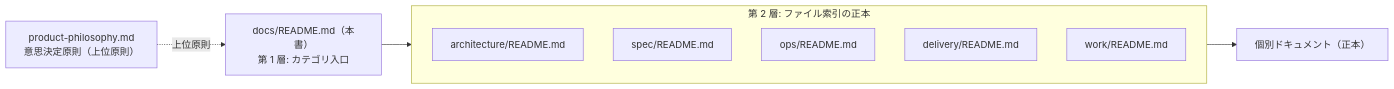
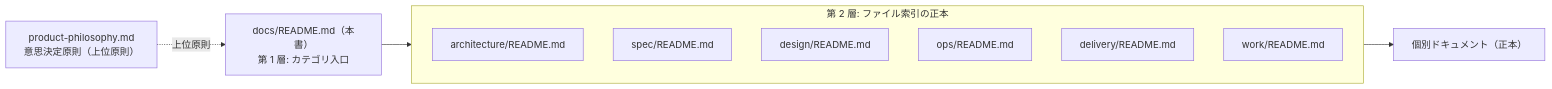
The diagram in docs/README.md (MinoruSoga/AnimalEkarte), drawn with Mermaid before and after one commit. The commit also changed other lines of this file and 72 other files, not shown here.

````diff
--- a/docs/README.md
+++ b/docs/README.md
@@ -25,16 +26,17 @@
 ```mermaid
 flowchart LR
     P["product-philosophy.md<br/>意思決定原則（上位原則）"]
     Root["docs/README.md（本書）<br/>第 1 層: カテゴリ入口"]
     subgraph L2["第 2 層: ファイル索引の正本"]
         direction TB
         A["architecture/README.md"]
         S["spec/README.md"]
+        TD["design/README.md"]
         O["ops/README.md"]
         D["delivery/README.md"]
         W["work/README.md"]
     end
     P -.->|上位原則| Root
     Root --> L2
     L2 --> Files["個別ドキュメント（正本）"]
 ```
````
